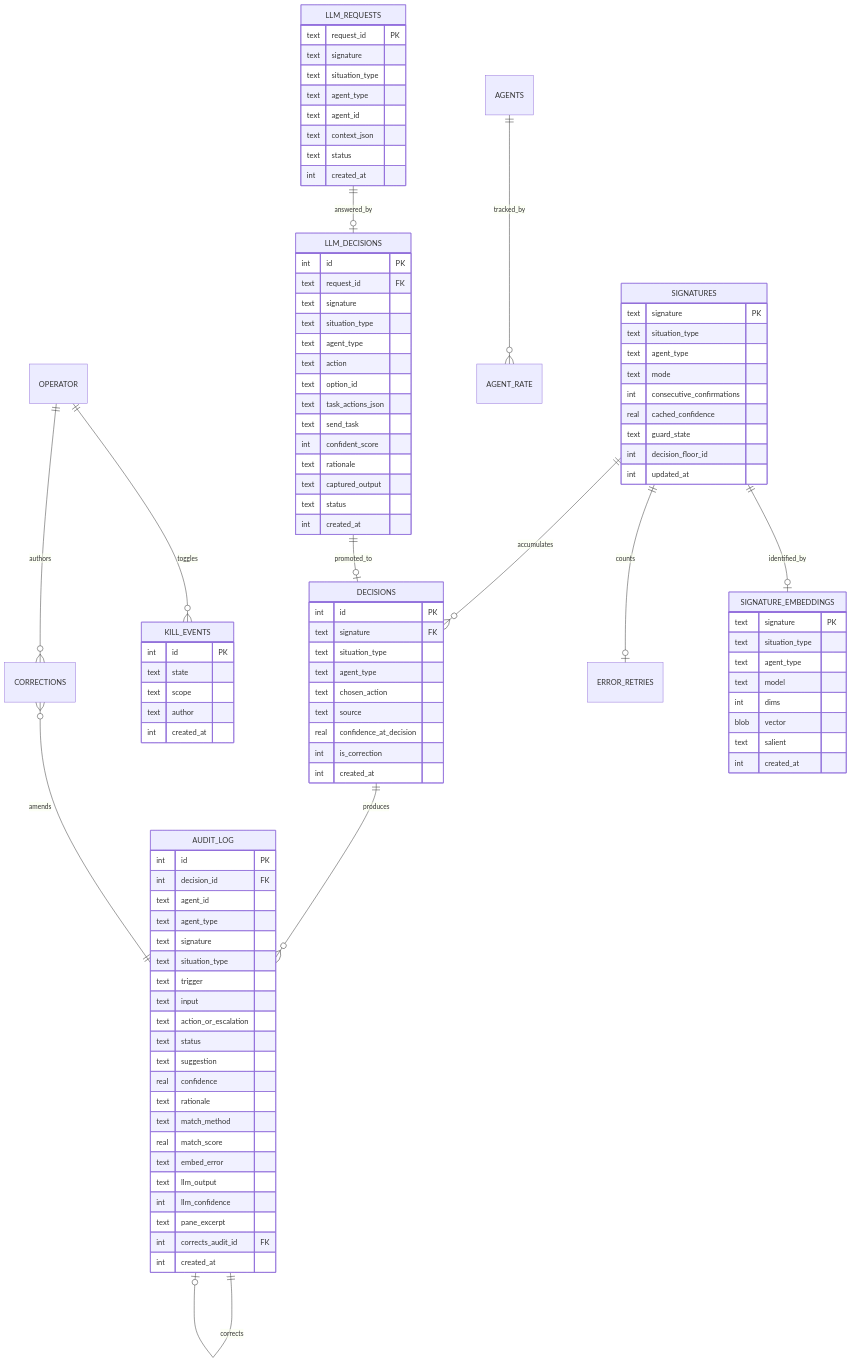
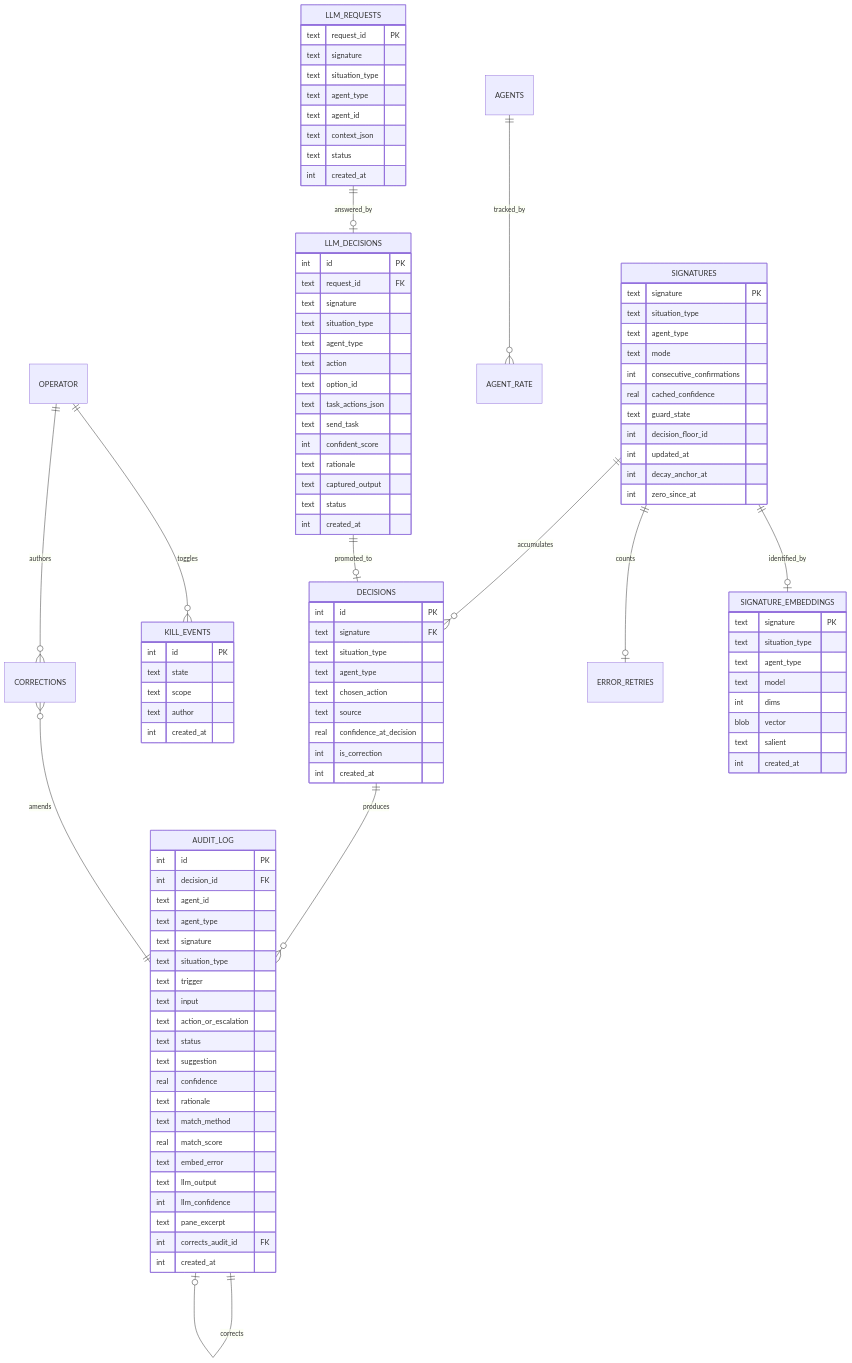
The third of 3 diagrams in docs/architect/herd-auto-prompter-architecture.md (0xGosu/herdr-auto-pilot), drawn with Mermaid before and after one commit. The commit also changed other lines of this file and 33 other files, not shown here.

```diff
--- a/docs/architect/herd-auto-prompter-architecture.md
+++ b/docs/architect/herd-auto-prompter-architecture.md
@@ -755,6 +785,8 @@
         text guard_state
         int decision_floor_id
         int updated_at
+        int decay_anchor_at
+        int zero_since_at
     }
     DECISIONS {
         int id PK
```
